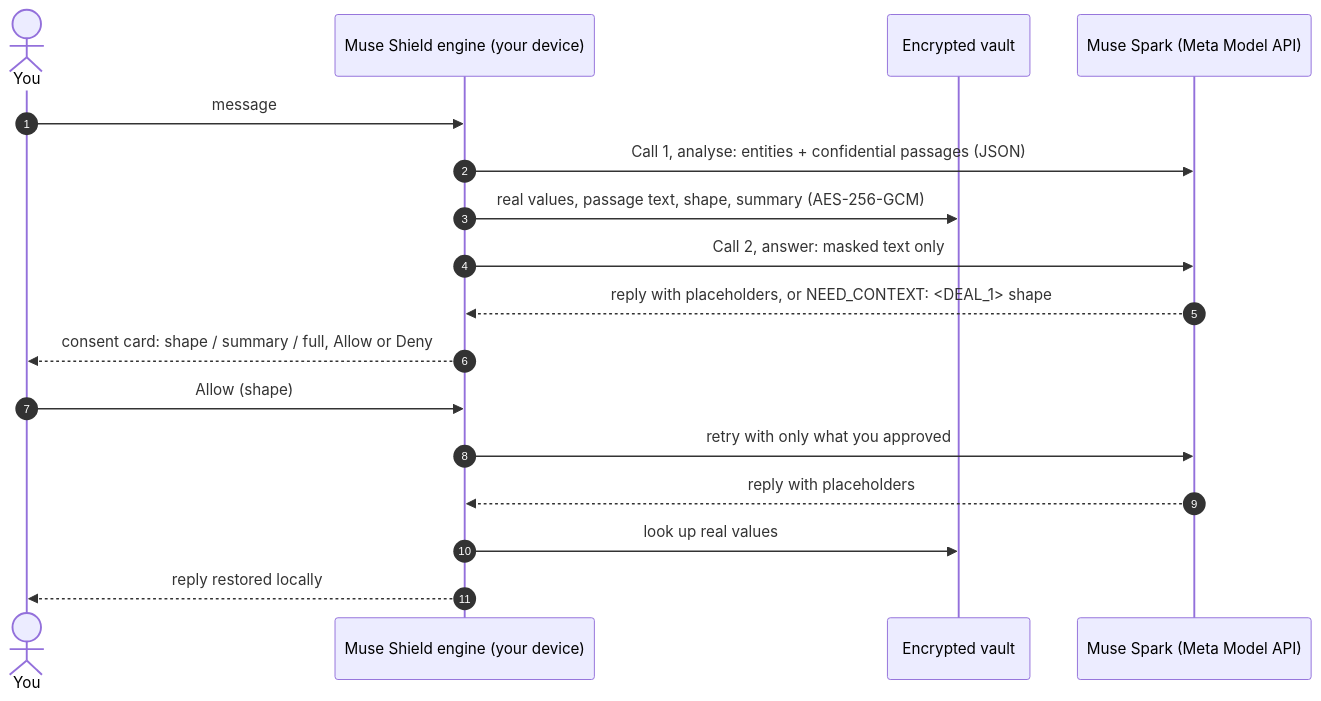
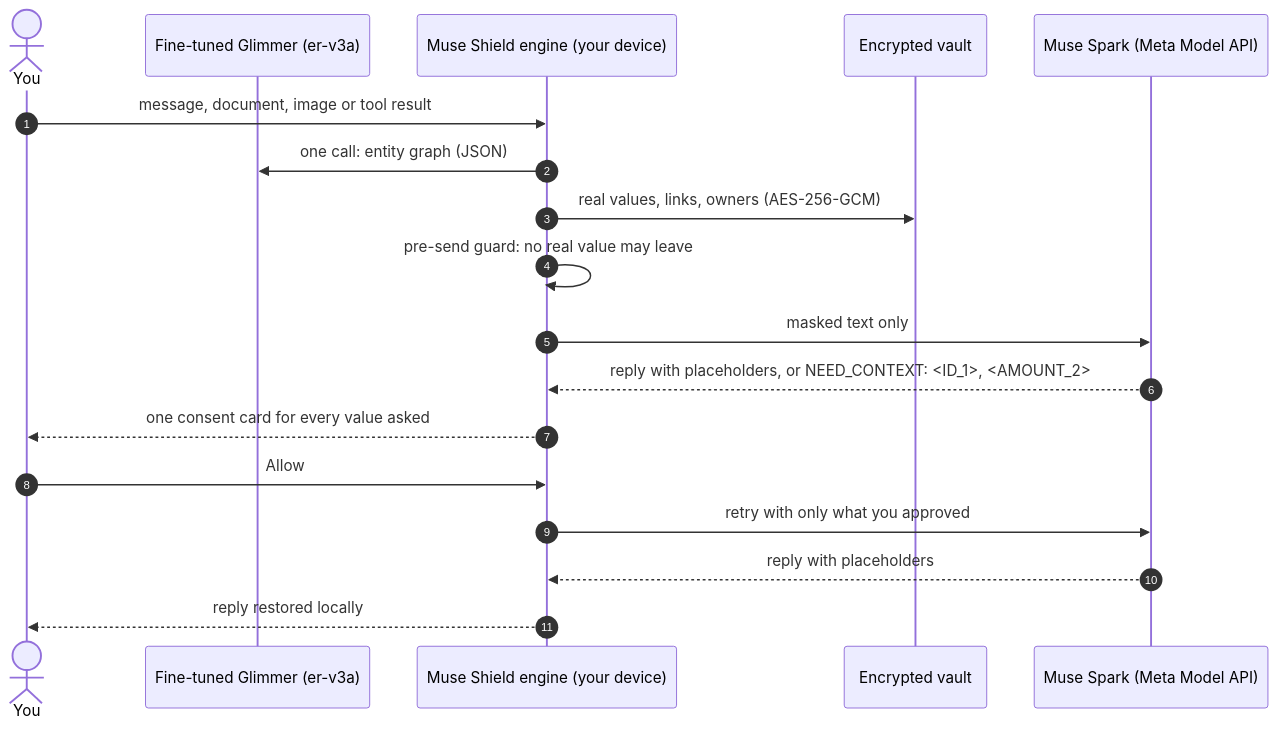
The diagram in README.md (MajjiR/muse-shield), drawn with Mermaid before and after one commit. The commit also changed other lines of this file, not shown here.

Commit message:
README for submission: the entity engine, er-v3a results and charts, fine-tuning data and how to run

````diff
--- a/README.md
+++ b/README.md
@@ -50,19 +135,20 @@
 ```mermaid
 sequenceDiagram
     autonumber
     actor U as You
+    participant G as Fine-tuned Glimmer (er-v3a)
     participant E as Muse Shield engine (your device)
     participant V as Encrypted vault
     participant S as Muse Spark (Meta Model API)
-    U->>E: message
-    E->>S: Call 1, analyse: entities + confidential passages (JSON)
-    E->>V: real values, passage text, shape, summary (AES-256-GCM)
-    E->>S: Call 2, answer: masked text only
-    S-->>E: reply with placeholders, or NEED_CONTEXT: <DEAL_1> shape
-    E-->>U: consent card: shape / summary / full, Allow or Deny
-    U->>E: Allow (shape)
+    U->>E: message, document, image or tool result
+    E->>G: one call: entity graph (JSON)
+    E->>V: real values, links, owners (AES-256-GCM)
+    E->>E: pre-send guard: no real value may leave
+    E->>S: masked text only
+    S-->>E: reply with placeholders, or NEED_CONTEXT: <ID_1>, <AMOUNT_2>
+    E-->>U: one consent card for every value asked
+    U->>E: Allow
     E->>S: retry with only what you approved
     S-->>E: reply with placeholders
-    E->>V: look up real values
     E-->>U: reply restored locally
 ```
````
